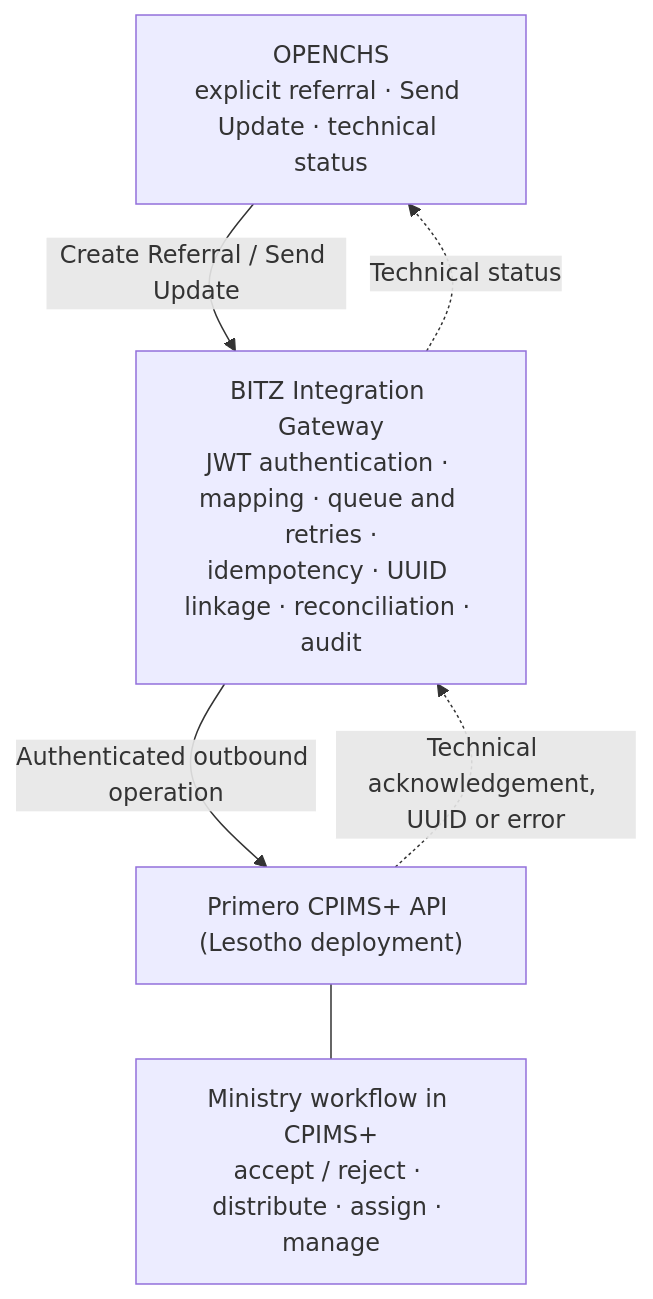
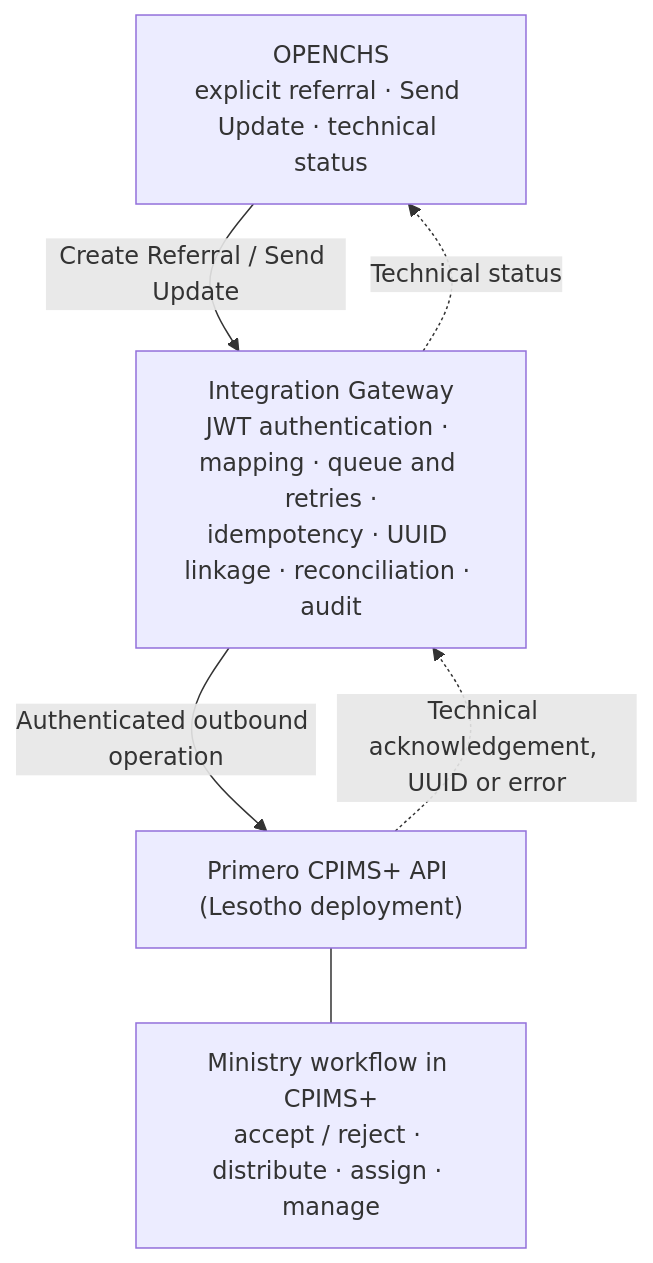
One commit to BITZ-IT-Consulting-LTD/OPENCHS_PRIMERO_PROJECT changed the third of 12 diagrams in 01_inception/D1_INCEPTION_REPORT_OPENCHS_PRIMERO_V2.9_FINAL_DRAFT.md. Above: the diagram before and after it, drawn with Mermaid. The commit also changed other lines of this file and 4 other files, not shown here.

````diff
--- a/01_inception/D1_INCEPTION_REPORT_OPENCHS_PRIMERO_V2.9_FINAL_DRAFT.md
+++ b/01_inception/D1_INCEPTION_REPORT_OPENCHS_PRIMERO_V2.9_FINAL_DRAFT.md
@@ -402,12 +402,12 @@
 ```mermaid
 flowchart TB
     O["OPENCHS<br/>explicit referral · Send Update · technical status"]
-    G["BITZ Integration Gateway<br/>JWT authentication · mapping · queue and retries ·<br/>idempotency · UUID linkage · reconciliation · audit"]
+    G["Integration Gateway<br/>JWT authentication · mapping · queue and retries ·<br/>idempotency · UUID linkage · reconciliation · audit"]
     P["Primero CPIMS+ API (Lesotho deployment)"]
     M["Ministry workflow in CPIMS+<br/>accept / reject · distribute · assign · manage"]
     O -- "Create Referral / Send Update" --> G
     G -- "Authenticated outbound operation" --> P
     P -. "Technical acknowledgement, UUID or error" .-> G
     G -. "Technical status" .-> O
     P --- M
 ```
````
